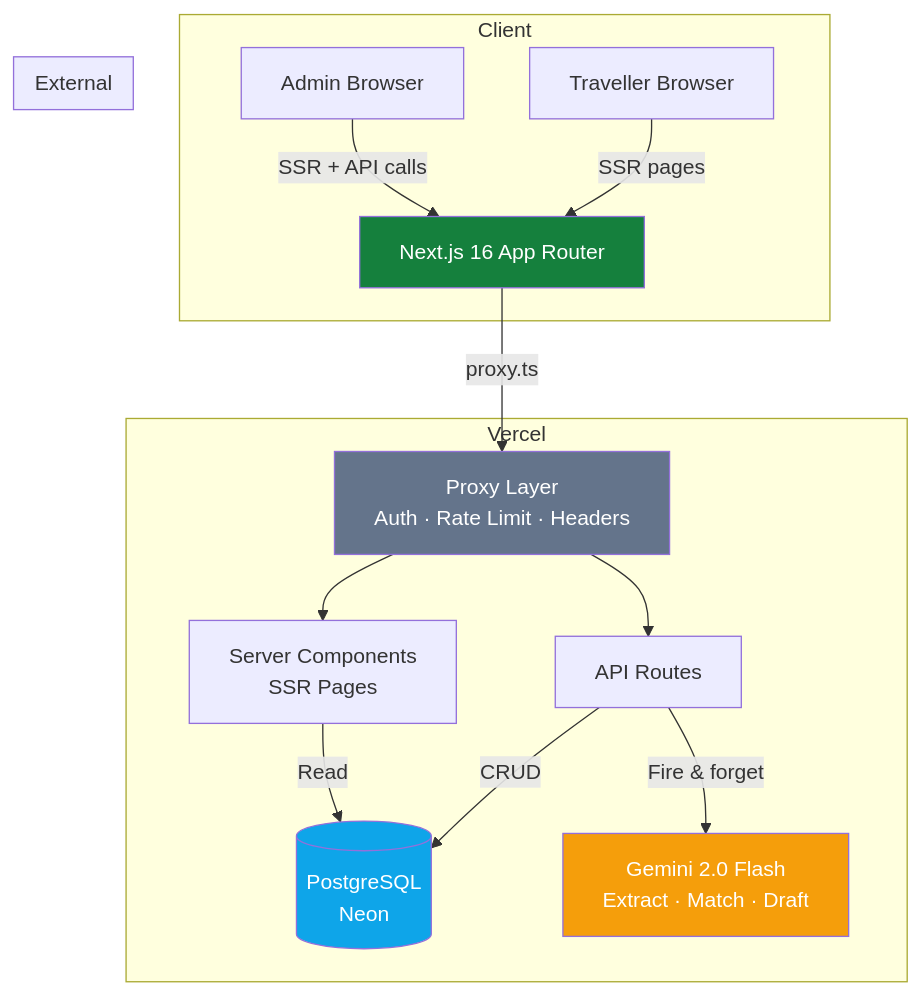
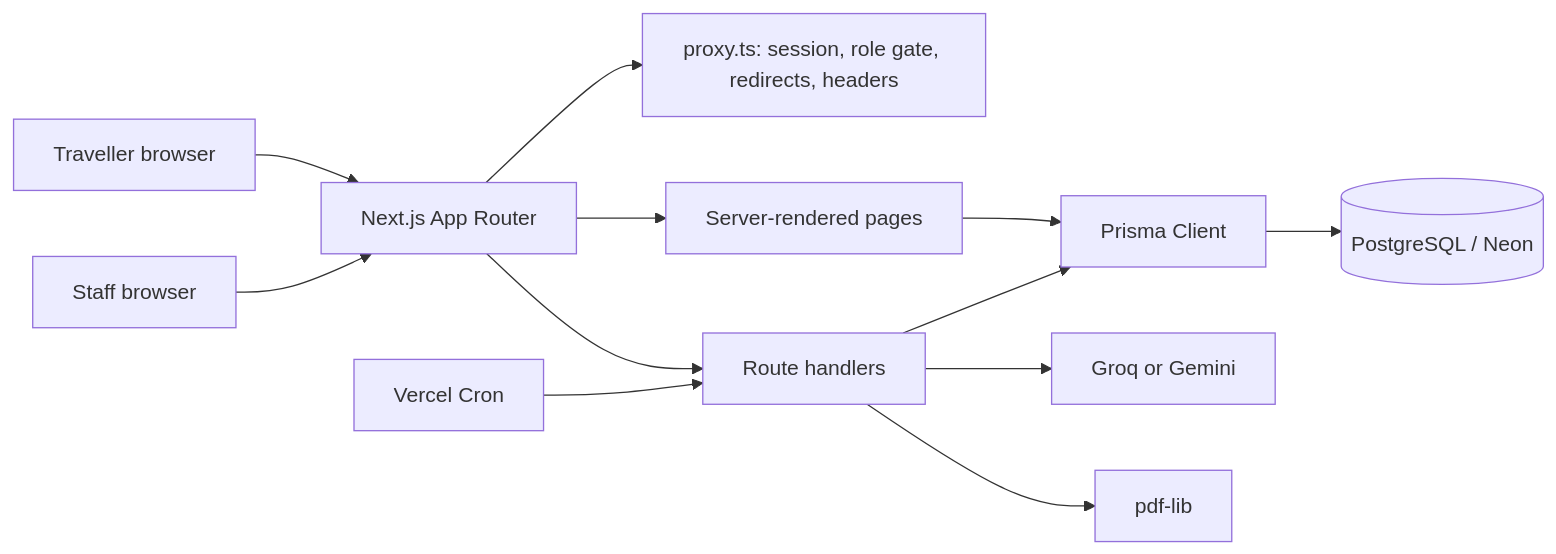
The first of 3 diagrams in TDD.md (vaishnavi-eklaspur/itera), drawn with Mermaid before and after one commit. The commit also changed other lines of this file and 32 other files, not shown here.

````diff
--- a/TDD.md
+++ b/TDD.md
@@ -25,27 +40,14 @@
 ```mermaid
-graph TB
-    subgraph Client
-        A[Traveller Browser] -->|SSR pages| N
-        B[Admin Browser] -->|SSR + API calls| N
-    end
-
-    subgraph Vercel
-        N[Next.js 16 App Router]
-        N -->|proxy.ts| P[Proxy Layer<br/>Auth · Rate Limit · Headers]
-        P --> R[API Routes]
-        P --> S[Server Components<br/>SSR Pages]
-        R -->|CRUD| DB
-        S -->|Read| DB
-        R -->|Fire & forget| AI
-    end
-
-    subgraph External
-        DB[(PostgreSQL<br/>Neon)]
-        AI[Gemini 2.0 Flash<br/>Extract · Match · Draft]
-    end
-
-    style N fill:#15803d,color:#fff
-    style DB fill:#0ea5e9,color:#fff
-    style AI fill:#f59e0b,color:#fff
-    style P fill:#64748b,color:#fff
+flowchart LR
+  Traveller[Traveller browser] --> Next[Next.js App Router]
+  Staff[Staff browser] --> Next
+  Next --> Proxy[proxy.ts: session, role gate, redirects, headers]
+  Next --> Pages[Server-rendered pages]
+  Next --> API[Route handlers]
+  Pages --> Prisma[Prisma Client]
+  API --> Prisma
+  Prisma --> DB[(PostgreSQL / Neon)]
+  API --> AI[Groq or Gemini]
+  API --> PDF[pdf-lib]
+  Cron[Vercel Cron] --> API
 ```
````
